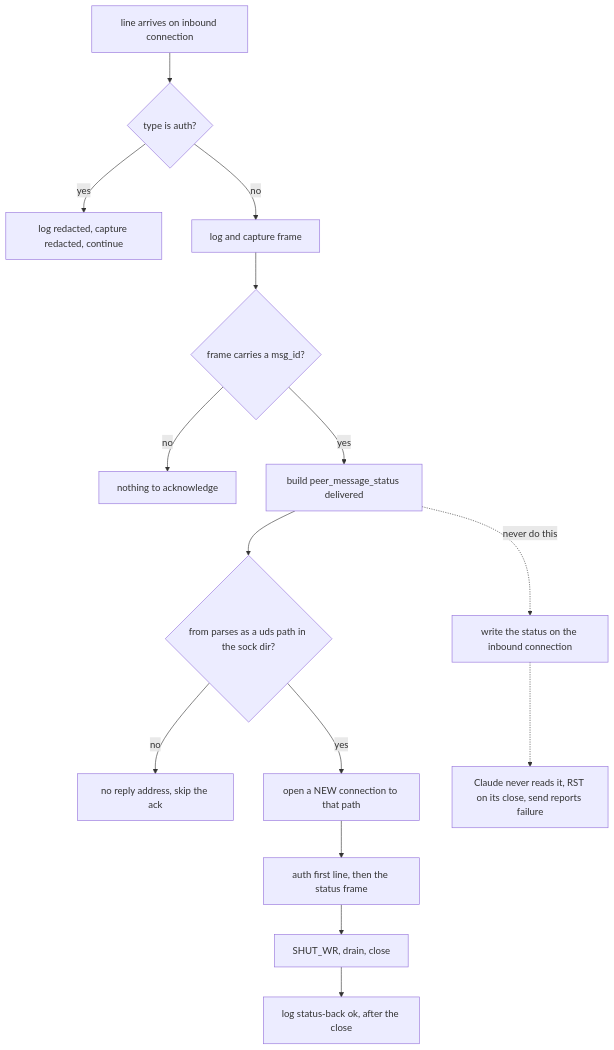
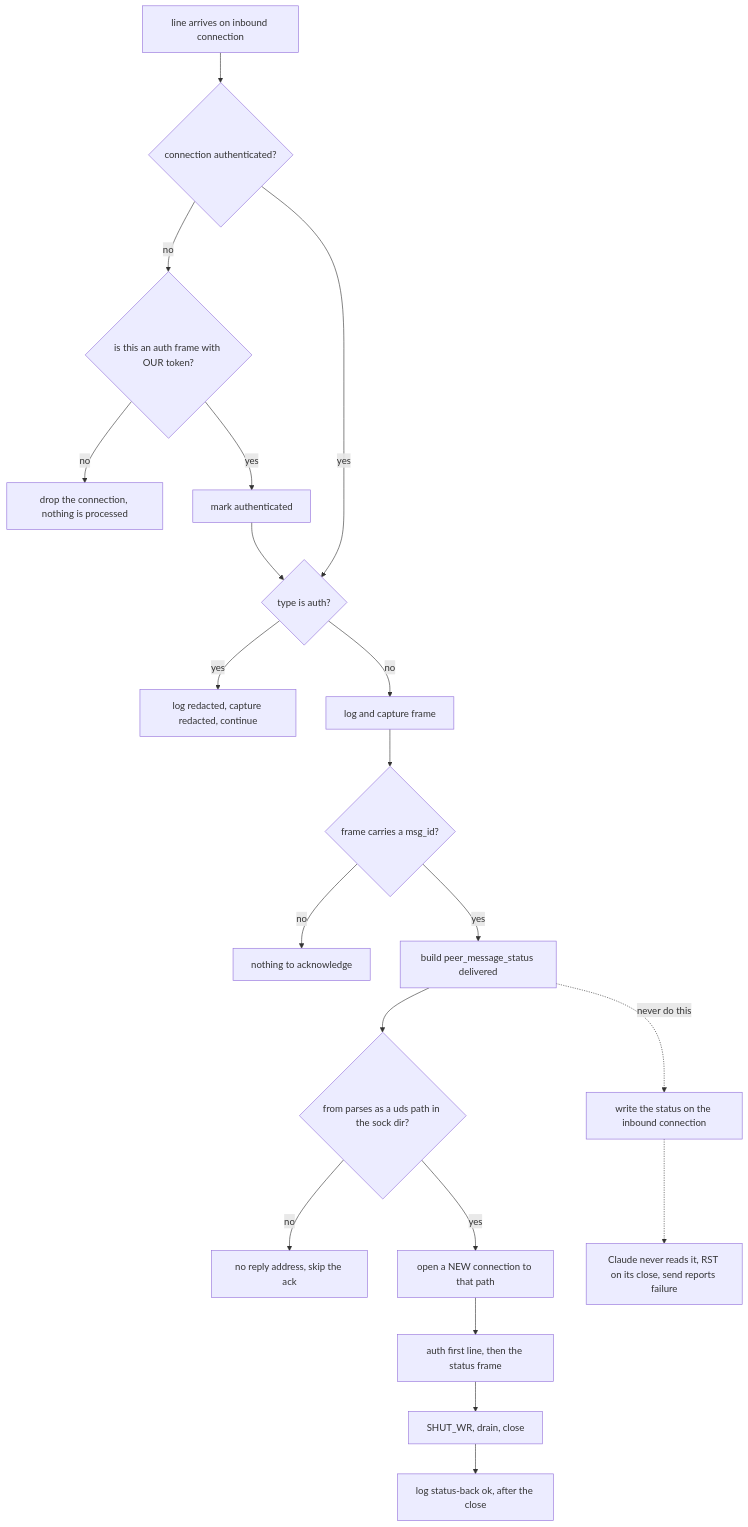
One commit to danbarua/agent-bus changed the second of 2 diagrams in docs/UDS-protocol.md. Above: the diagram before and after it, drawn with Mermaid. The commit also changed other lines of this file and 2 other files, not shown here.

First line of the commit message:
fix: verify the inbound auth token instead of only redacting it

````diff
--- a/docs/UDS-protocol.md
+++ b/docs/UDS-protocol.md
@@ -126,17 +135,22 @@
 ```mermaid
 flowchart TD
-    A["line arrives on inbound connection"] --> B{"type is auth?"}
+    A["line arrives on inbound connection"] --> Z{"connection authenticated?"}
+    Z -->|no| ZA{"is this an auth frame with OUR token?"}
+    ZA -->|no| ZB["drop the connection, nothing is processed"]
+    ZA -->|yes| ZC["mark authenticated"]
+    ZC --> B{"type is auth?"}
+    Z -->|yes| B
     B -->|yes| C["log redacted, capture redacted, continue"]
     B -->|no| D["log and capture frame"]
     D --> E{"frame carries a msg_id?"}
     E -->|no| F["nothing to acknowledge"]
     E -->|yes| G["build peer_message_status delivered"]
     G --> H{"from parses as a uds path in the sock dir?"}
     H -->|no| I["no reply address, skip the ack"]
     H -->|yes| J["open a NEW connection to that path"]
     J --> K["auth first line, then the status frame"]
     K --> L["SHUT_WR, drain, close"]
     L --> M["log status-back ok, after the close"]
     G -.->|never do this| X["write the status on the inbound connection"]
     X -.-> Y["Claude never reads it, RST on its close, send reports failure"]
 ```
````
